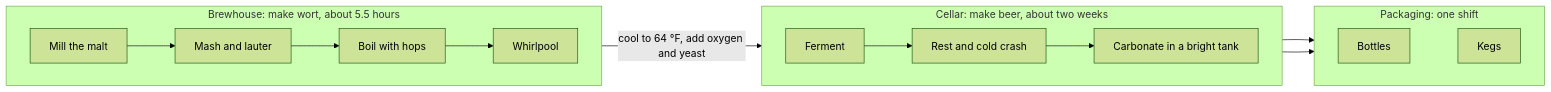
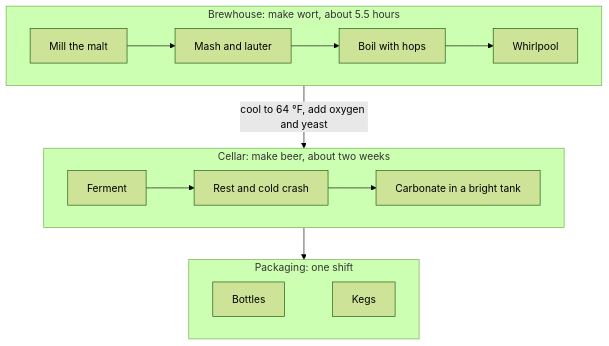
The second of 16 diagrams in README.md (GhostofGoes/brew), drawn with Mermaid (forest theme) before and after one commit. The commit also changed other lines of this file and 2 other files, not shown here.

First line of the commit message:
docs(cherrymountain): lay out ten diagrams so their text is readable on GitHub

````diff
--- a/README.md
+++ b/README.md
@@ -185,21 +189,20 @@
 ```mermaid
-flowchart LR
+flowchart TB
   subgraph HOT["Brewhouse: make wort, about 5.5 hours"]
     direction LR
     MILL[Mill the malt] --> MASH[Mash and lauter]
     MASH --> BOIL[Boil with hops]
     BOIL --> WP[Whirlpool]
   end
   subgraph COLD["Cellar: make beer, about two weeks"]
     direction LR
     FV[Ferment] --> COND[Rest and cold crash]
     COND --> BBT[Carbonate in a bright tank]
   end
   subgraph PKG["Packaging: one shift"]
     direction LR
     BOT[Bottles] ~~~ KEG[Kegs]
   end
-  WP -- "cool to 64 °F, add oxygen and yeast" --> FV
-  BBT --> BOT
-  BBT --> KEG
+  HOT -- "cool to 64 °F, add oxygen and yeast" --> COLD
+  COLD --> PKG
 ```
````
